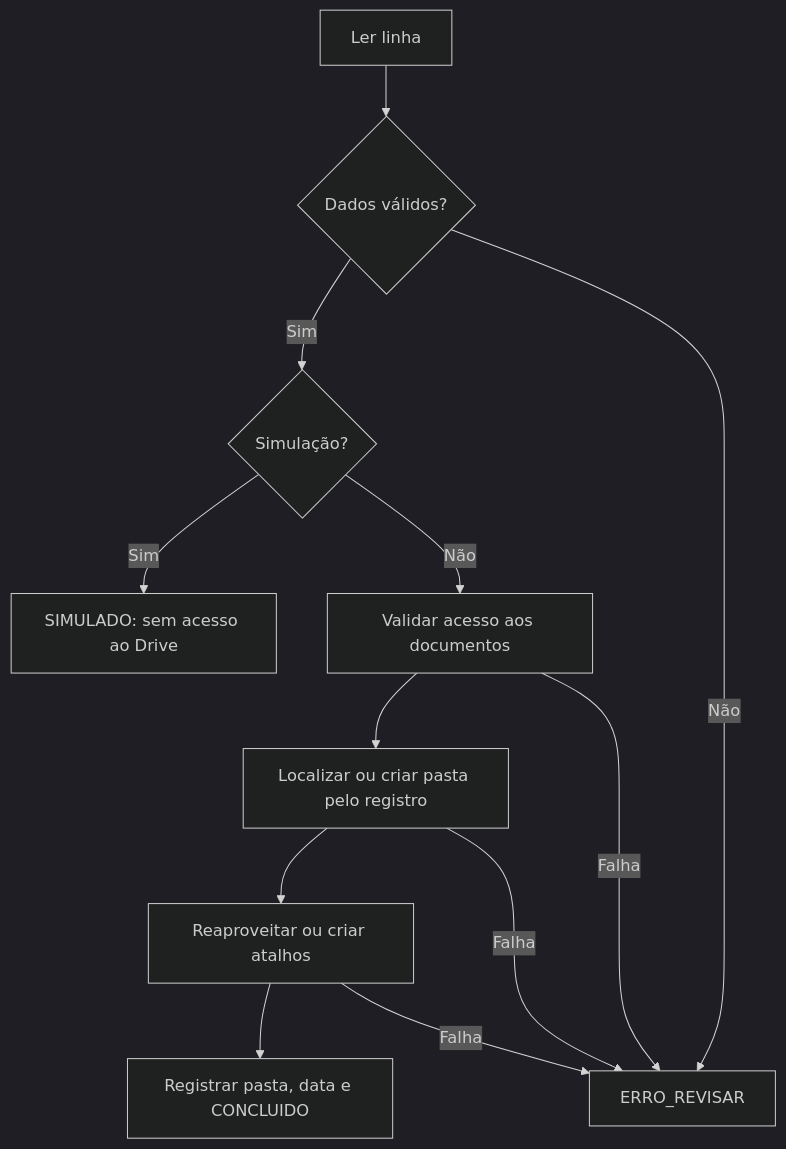
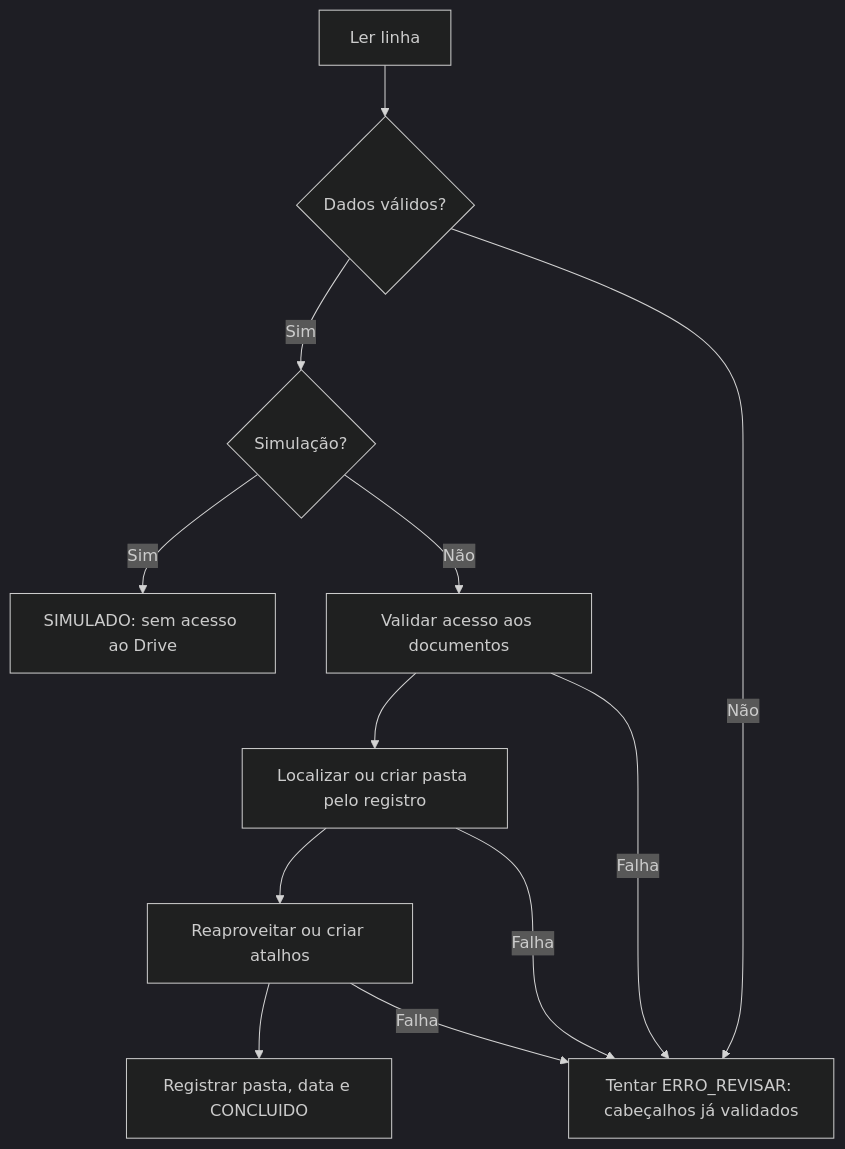
One commit to leviroiz/rh-admission-automation-demo changed the diagram in docs/fluxo.md. Above: the diagram before and after it, drawn with Mermaid (dark theme). The commit also changed other lines of this file and 4 other files, not shown here.

````diff
--- a/docs/fluxo.md
+++ b/docs/fluxo.md
@@ -13,14 +13,14 @@
 ```mermaid
 flowchart TD
   L[Ler linha] --> V{Dados válidos?}
-  V -- Não --> E[ERRO_REVISAR]
+  V -- Não --> E[Tentar ERRO_REVISAR: cabeçalhos já validados]
   V -- Sim --> S{Simulação?}
   S -- Sim --> X[SIMULADO: sem acesso ao Drive]
   S -- Não --> P[Validar acesso aos documentos]
   P --> F[Localizar ou criar pasta pelo registro]
   F --> A[Reaproveitar ou criar atalhos]
   A --> C[Registrar pasta, data e CONCLUIDO]
   P -- Falha --> E
   F -- Falha --> E
   A -- Falha --> E
 ```
````
